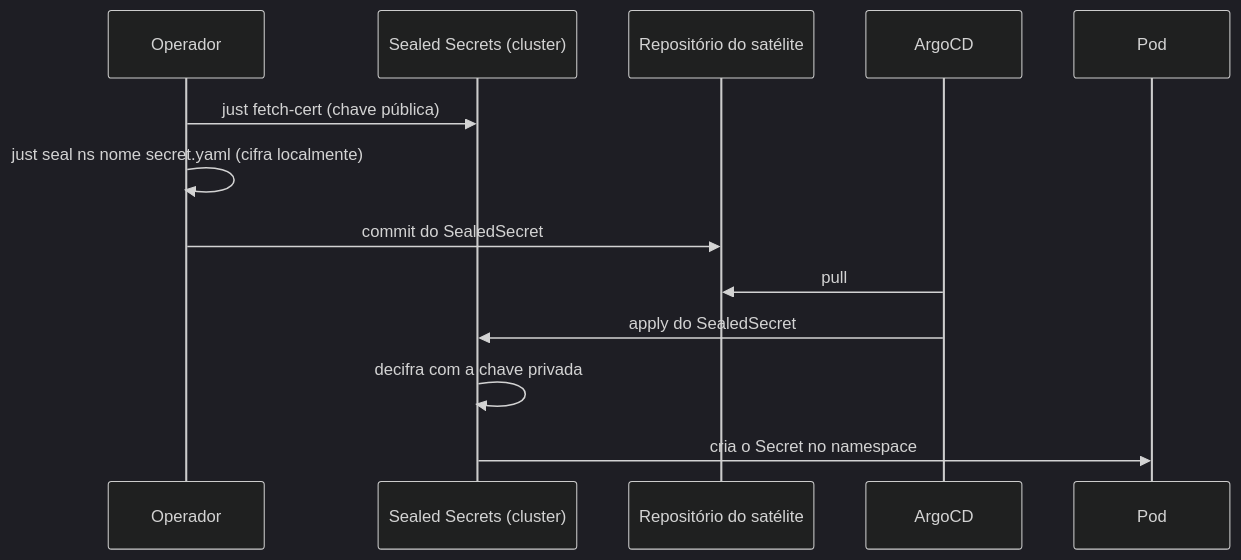
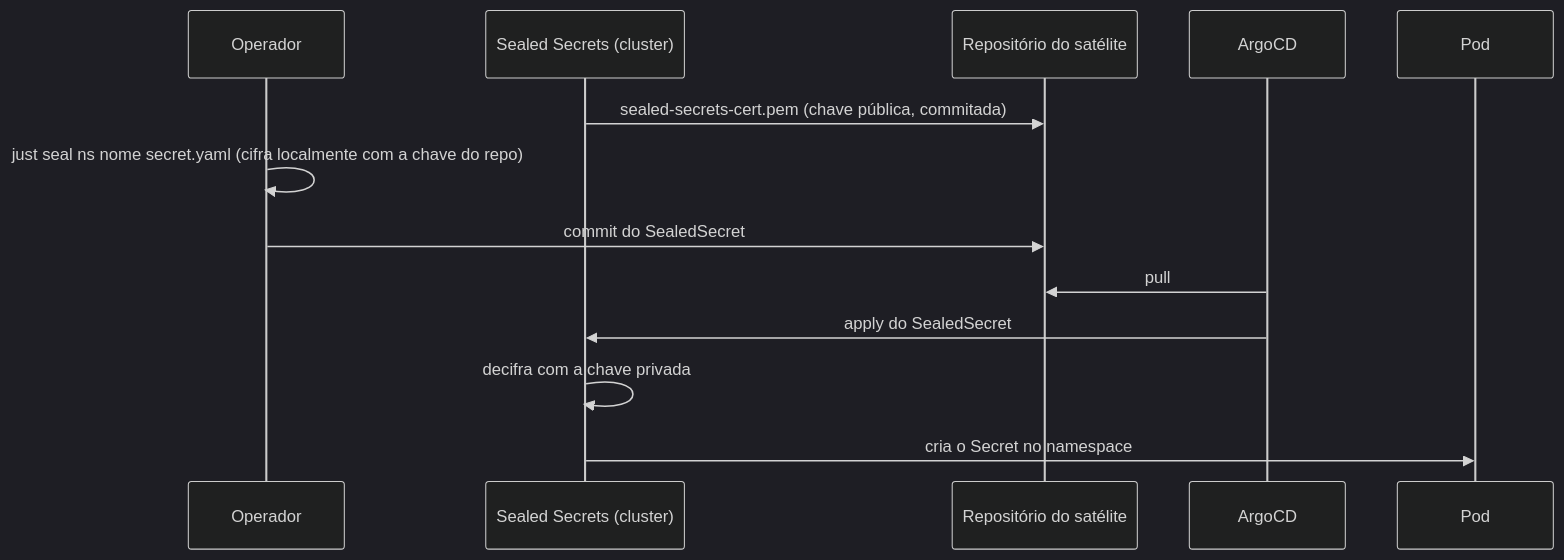
One commit to guesant/hl-infrastructure changed the second of 2 diagrams in docs/arquitetura/modelo-de-ameacas.md. Above: the diagram before and after it, drawn with Mermaid (dark theme). The commit also changed other lines of this file and 3 other files, not shown here.

Commit message:
docs: reflect that the sealed-secrets public cert is now committed

````diff
--- a/docs/arquitetura/modelo-de-ameacas.md
+++ b/docs/arquitetura/modelo-de-ameacas.md
@@ -57,15 +57,15 @@
 ```mermaid
 sequenceDiagram
     participant Op as Operador
     participant SS as Sealed Secrets (cluster)
     participant Git as Repositório do satélite
     participant Argo as ArgoCD
     participant Pod as Pod
-    Op->>SS: just fetch-cert (chave pública)
-    Op->>Op: just seal ns nome secret.yaml (cifra localmente)
+    SS->>Git: sealed-secrets-cert.pem (chave pública, commitada)
+    Op->>Op: just seal ns nome secret.yaml (cifra localmente com a chave do repo)
     Op->>Git: commit do SealedSecret
     Argo->>Git: pull
     Argo->>SS: apply do SealedSecret
     SS->>SS: decifra com a chave privada
     SS->>Pod: cria o Secret no namespace
 ```
````
